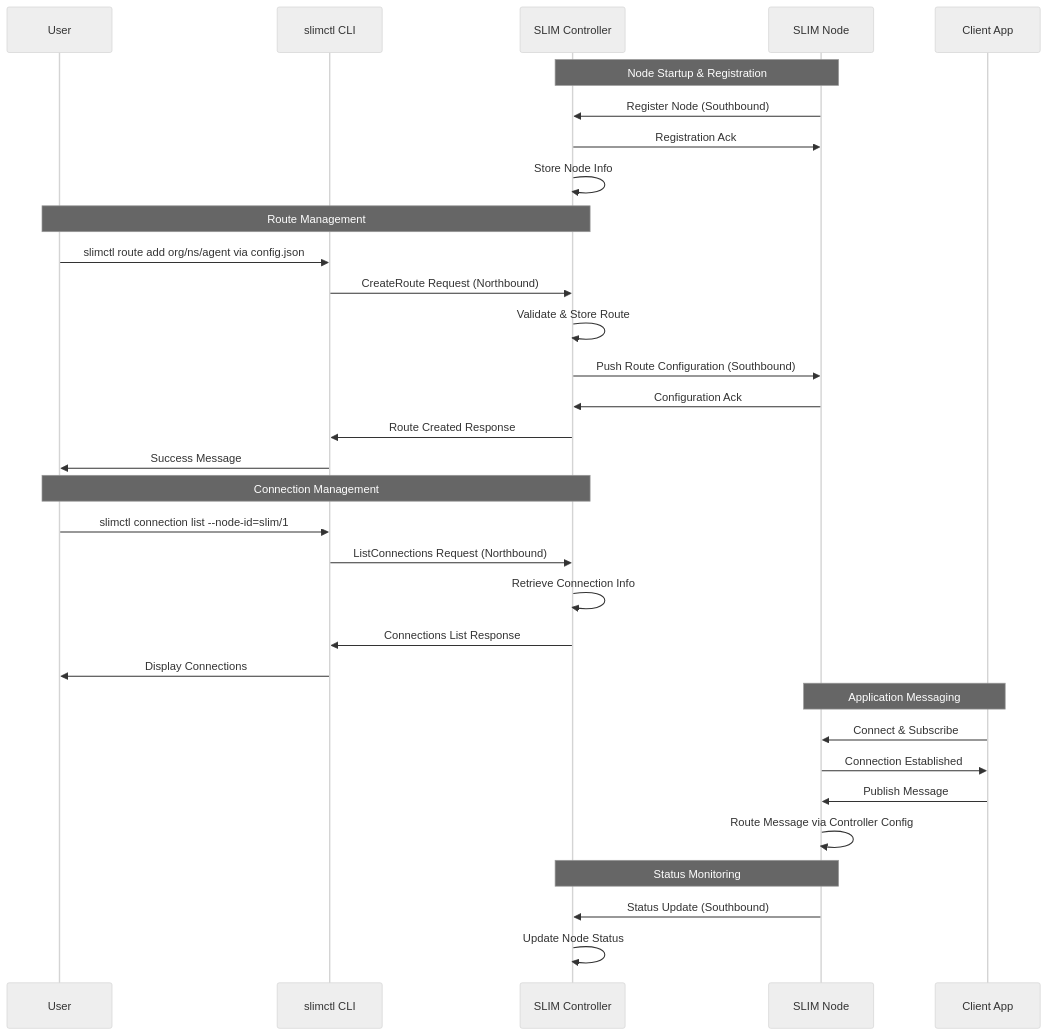
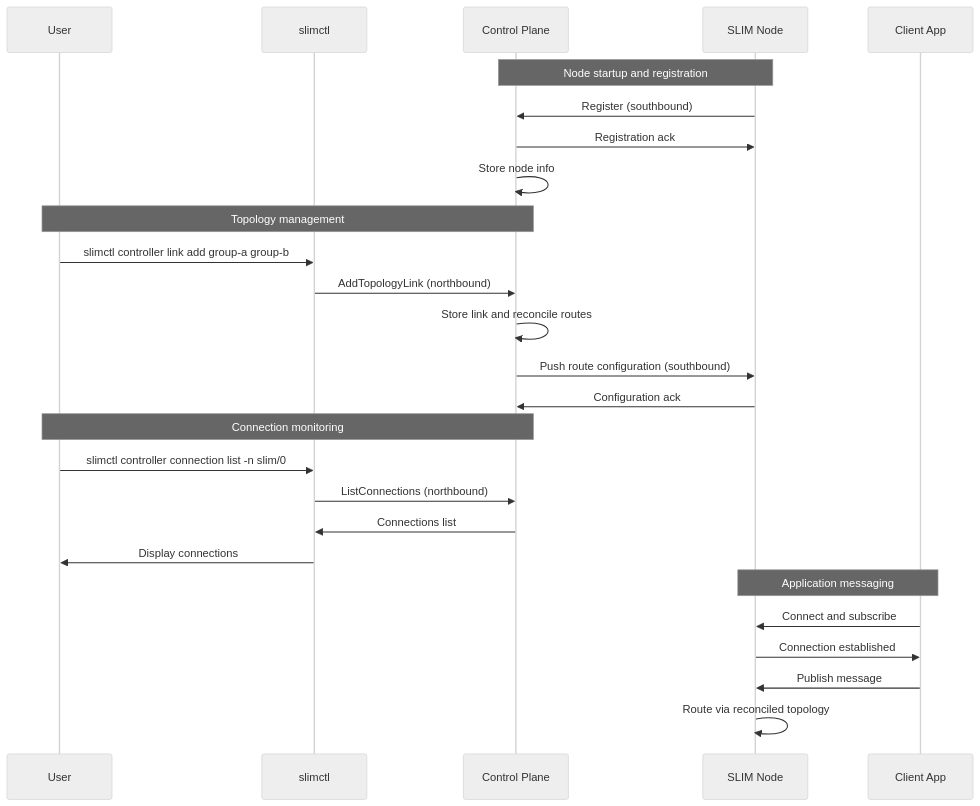
One commit to agntcy/slim changed the second of 2 diagrams in docs/content/slim/slim-controller.md. Above: the diagram before and after it, drawn with Mermaid (neutral theme). The commit also changed other lines of this file and 11 other files, not shown here.

````diff
--- a/docs/content/slim/slim-controller.md
+++ b/docs/content/slim/slim-controller.md
@@ -297,44 +230,32 @@
 ```mermaid
 sequenceDiagram
     participant User
-    participant CLI as slimctl CLI
-    participant Controller as SLIM Controller
+    participant CLI as slimctl
+    participant CP as Control Plane
     participant Node as SLIM Node
     participant App as Client App
 
-    %% Node Registration
-    Note over Node,Controller: Node Startup & Registration
-    Node->>Controller: Register Node (Southbound)
-    Controller->>Node: Registration Ack
-    Controller->>Controller: Store Node Info
+    Note over Node,CP: Node startup and registration
+    Node->>CP: Register (southbound)
+    CP->>Node: Registration ack
+    CP->>CP: Store node info
 
-    %% Route Management via CLI
-    Note over User,Controller: Route Management
-    User->>CLI: slimctl route add org/ns/agent via config.json
-    CLI->>Controller: CreateRoute Request (Northbound)
-    Controller->>Controller: Validate & Store Route
-    Controller->>Node: Push Route Configuration (Southbound)
-    Node->>Controller: Configuration Ack
-    Controller->>CLI: Route Created Response
-    CLI->>User: Success Message
+    Note over User,CP: Topology management
+    User->>CLI: slimctl controller link add group-a group-b
+    CLI->>CP: AddTopologyLink (northbound)
+    CP->>CP: Store link and reconcile routes
+    CP->>Node: Push route configuration (southbound)
+    Node->>CP: Configuration ack
 
-    %% Connection Management
-    Note over User,Controller: Connection Management
-    User->>CLI: slimctl connection list --node-id=slim/1
-    CLI->>Controller: ListConnections Request (Northbound)
-    Controller->>Controller: Retrieve Connection Info
-    Controller->>CLI: Connections List Response
-    CLI->>User: Display Connections
+    Note over User,CP: Connection monitoring
+    User->>CLI: slimctl controller connection list -n slim/0
+    CLI->>CP: ListConnections (northbound)
+    CP->>CLI: Connections list
+    CLI->>User: Display connections
 
-    %% Application Communication
-    Note over App,Node: Application Messaging
-    App->>Node: Connect & Subscribe
-    Node->>App: Connection Established
-    App->>Node: Publish Message
-    Node->>Node: Route Message via Controller Config
-
-    %% Node Status Updates
-    Note over Node,Controller: Status Monitoring
-    Node->>Controller: Status Update (Southbound)
-    Controller->>Controller: Update Node Status
+    Note over App,Node: Application messaging
+    App->>Node: Connect and subscribe
+    Node->>App: Connection established
+    App->>Node: Publish message
+    Node->>Node: Route via reconciled topology
 ```
````
